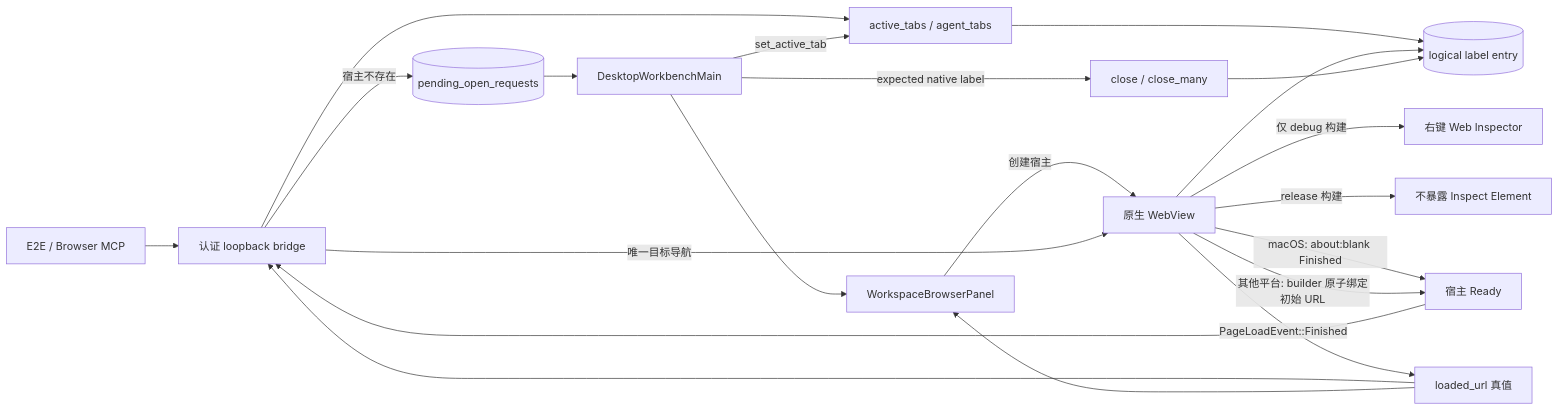
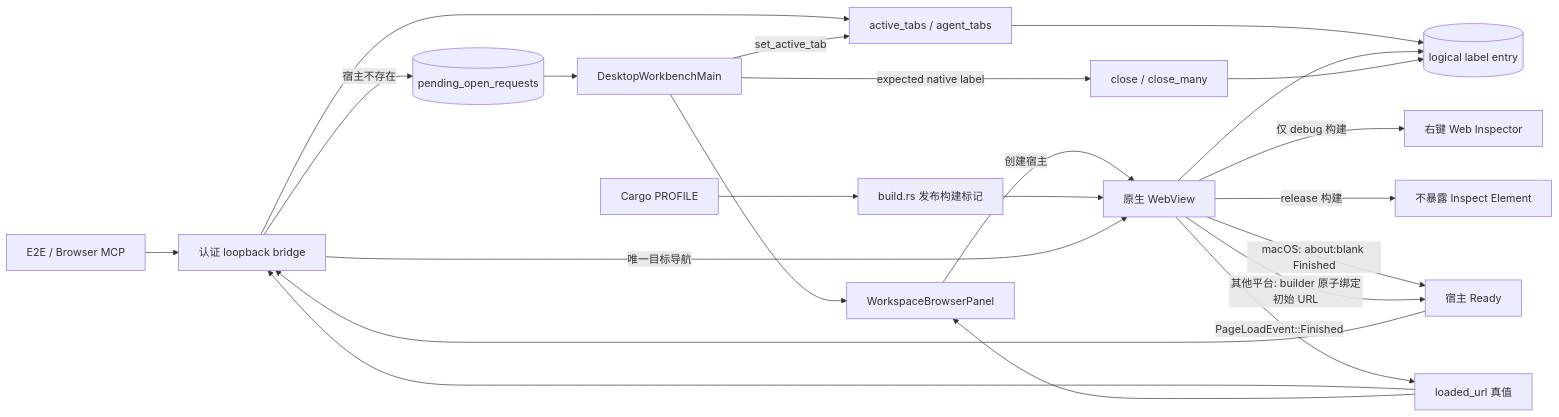
The first of 2 diagrams in docs/zh/architecture/embedded-browser.md (wecode-ai/Wegent), drawn with Mermaid before and after one commit. The commit also changed other lines of this file and 4 other files, not shown here.

````diff
--- a/docs/zh/architecture/embedded-browser.md
+++ b/docs/zh/architecture/embedded-browser.md
@@ -9,23 +9,25 @@
 ```mermaid
 flowchart LR
     CALLER[E2E / Browser MCP] --> BRIDGE[认证 loopback bridge]
     BRIDGE --> ROUTE[active_tabs / agent_tabs]
     ROUTE --> ENTRY[(logical label entry)]
     BRIDGE -->|宿主不存在| PENDING[(pending_open_requests)]
     PENDING --> MAIN[DesktopWorkbenchMain]
     MAIN --> PANEL[WorkspaceBrowserPanel]
     PANEL -->|创建宿主| WEBVIEW[原生 WebView]
+    PROFILE[Cargo PROFILE] --> BUILD[build.rs 发布构建标记]
+    BUILD --> WEBVIEW
     WEBVIEW --> ENTRY
     WEBVIEW -->|仅 debug 构建| INSPECTOR[右键 Web Inspector]
     WEBVIEW -->|release 构建| NOINSPECTOR[不暴露 Inspect Element]
     WEBVIEW -->|macOS: about:blank Finished| READY[宿主 Ready]
     WEBVIEW -->|其他平台: builder 原子绑定初始 URL| READY
     READY --> BRIDGE
     BRIDGE -->|唯一目标导航| WEBVIEW
     WEBVIEW -->|PageLoadEvent::Finished| LOADED[loaded_url 真值]
     LOADED --> BRIDGE
     LOADED --> PANEL
     MAIN -->|set_active_tab| ROUTE
     MAIN -->|expected native label| CLOSE[close / close_many]
     CLOSE --> ENTRY
 ```
````
